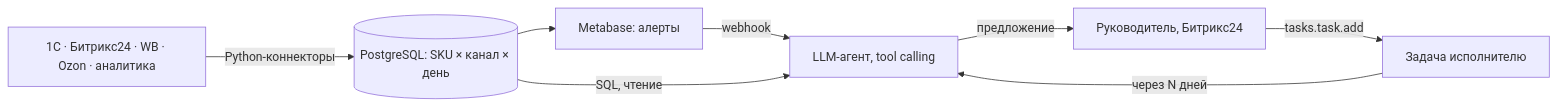
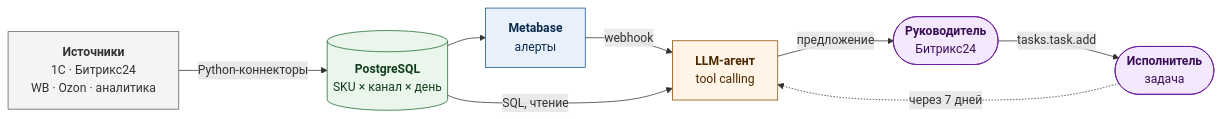
One commit to konard/marketplace-retail-ai-control changed the third of 3 diagrams in docs/concept/README.md. Above: the diagram before and after it, drawn with Mermaid. The commit also changed other lines of this file and 8 other files, not shown here.

First line of the commit message:
docs: architecture with styled diagrams, UX guidelines mapped to scenarios

````diff
--- a/docs/concept/README.md
+++ b/docs/concept/README.md
@@ -79,10 +93,18 @@
 ```mermaid
 flowchart LR
-  S["1С · Битрикс24 · WB · Ozon · аналитика"] -->|Python-коннекторы| P[("PostgreSQL: SKU × канал × день")]
-  P --> M["Metabase: алерты"]
-  M -->|webhook| A["LLM-агент, tool calling"]
+  classDef mon fill:#e8f1fb,stroke:#0b5394,color:#0b2a4a
+  classDef ana fill:#fff4e5,stroke:#8a4b00,color:#4a2800
+  classDef dec fill:#f3e8fd,stroke:#6a1b9a,color:#3b0f57
+  classDef exe fill:#eaf5ec,stroke:#1d6b2f,color:#123d1c
+  classDef ctl fill:#f4f4f4,stroke:#5c5c5c,color:#333333
+  S["<b>Источники</b><br/>1С · Битрикс24<br/>WB · Ozon · аналитика"]:::ctl
+  P[("<b>PostgreSQL</b><br/>SKU × канал × день")]:::exe
+  M["<b>Metabase</b><br/>алерты"]:::mon
+  A["<b>LLM-агент</b><br/>tool calling"]:::ana
+  R(["<b>Руководитель</b><br/>Битрикс24"]):::dec
+  E(["<b>Исполнитель</b><br/>задача"]):::dec
+  S -->|Python-коннекторы| P --> M -->|webhook| A
   P -->|SQL, чтение| A
-  A -->|предложение| R["Руководитель, Битрикс24"]
-  R -->|tasks.task.add| E["Задача исполнителю"]
-  E -->|через N дней| A
+  A -->|предложение| R -->|tasks.task.add| E
+  E -.->|через 7 дней| A
 ```
````
